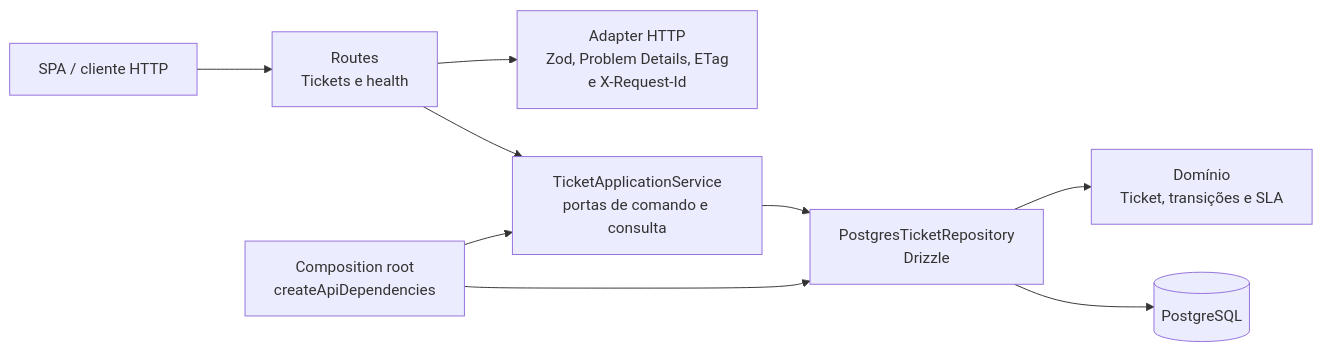
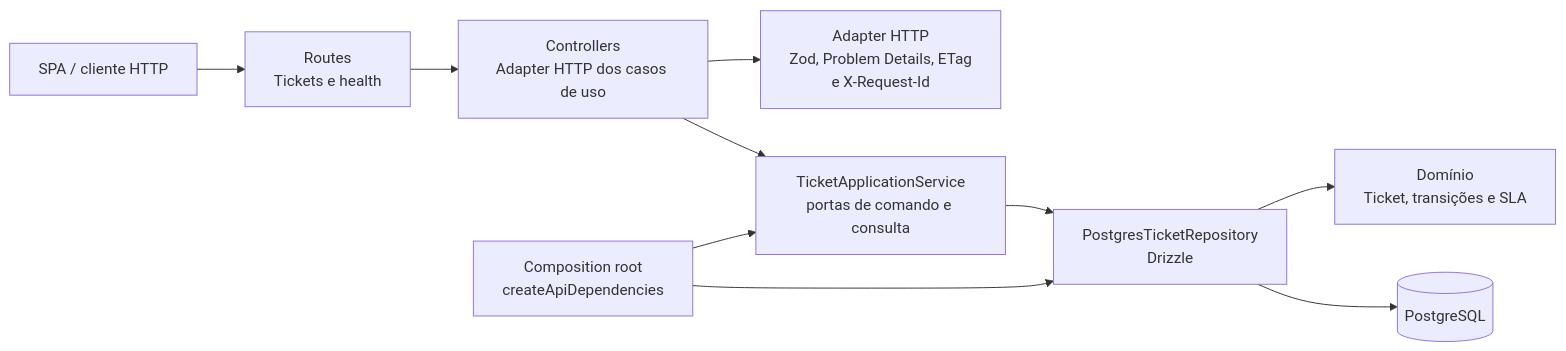
One commit to carvalhocortes/code-challenge-inbot changed the third of 4 diagrams in docs/architecture/c4.md. Above: the diagram before and after it, drawn with Mermaid. The commit also changed other lines of this file and 1 other file, not shown here.

Commit message:
docs(architecture): document HTTP adapter boundaries

````diff
--- a/docs/architecture/c4.md
+++ b/docs/architecture/c4.md
@@ -80,20 +80,22 @@
 ```mermaid
 flowchart LR
   client["SPA / cliente HTTP"]
   routes["Routes\nTickets e health"]
+  controllers["Controllers\nAdapter HTTP dos casos de uso"]
   http["Adapter HTTP\nZod, Problem Details, ETag\ne X-Request-Id"]
   composition["Composition root\ncreateApiDependencies"]
   application["TicketApplicationService\nportas de comando e consulta"]
   domain["Domínio\nTicket, transições e SLA"]
   repository["PostgresTicketRepository\nDrizzle"]
   db[("PostgreSQL")]
 
   client --> routes
-  routes --> http
-  routes --> application
+  routes --> controllers
+  controllers --> http
+  controllers --> application
   composition --> application
   composition --> repository
   application --> repository
   repository --> domain
   repository --> db
 ```
````
